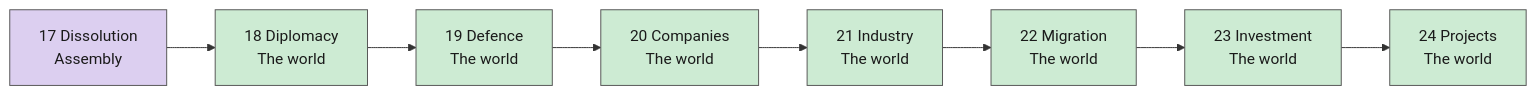
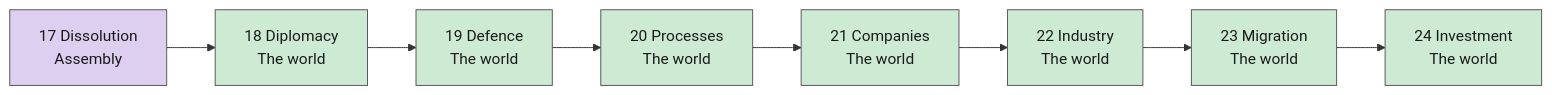
The third of 5 diagrams in docs/tick-order.md (powerbassist/World-simulator), drawn with Mermaid before and after one commit. The commit also changed other lines of this file and 19 other files, not shown here.

````diff
--- a/docs/tick-order.md
+++ b/docs/tick-order.md
@@ -63,18 +63,18 @@
 ```mermaid
 flowchart LR
   s17["17 Dissolution<br/>Assembly"]:::g2
   s18["18 Diplomacy<br/>The world"]:::g3
   s19["19 Defence<br/>The world"]:::g3
-  s20["20 Companies<br/>The world"]:::g3
-  s21["21 Industry<br/>The world"]:::g3
-  s22["22 Migration<br/>The world"]:::g3
-  s23["23 Investment<br/>The world"]:::g3
-  s24["24 Projects<br/>The world"]:::g3
+  s20["20 Processes<br/>The world"]:::g3
+  s21["21 Companies<br/>The world"]:::g3
+  s22["22 Industry<br/>The world"]:::g3
+  s23["23 Migration<br/>The world"]:::g3
+  s24["24 Investment<br/>The world"]:::g3
   s17 --> s18 --> s19 --> s20 --> s21 --> s22 --> s23 --> s24
   classDef g0 fill:#cfe3f7,stroke:#555,color:#1a1a1a
   classDef g1 fill:#f6dcc2,stroke:#555,color:#1a1a1a
   classDef g2 fill:#dccff0,stroke:#555,color:#1a1a1a
   classDef g3 fill:#cdebd3,stroke:#555,color:#1a1a1a
   classDef g4 fill:#f3e7b5,stroke:#555,color:#1a1a1a
   classDef g5 fill:#f2cfd3,stroke:#555,color:#1a1a1a
 ```
````
